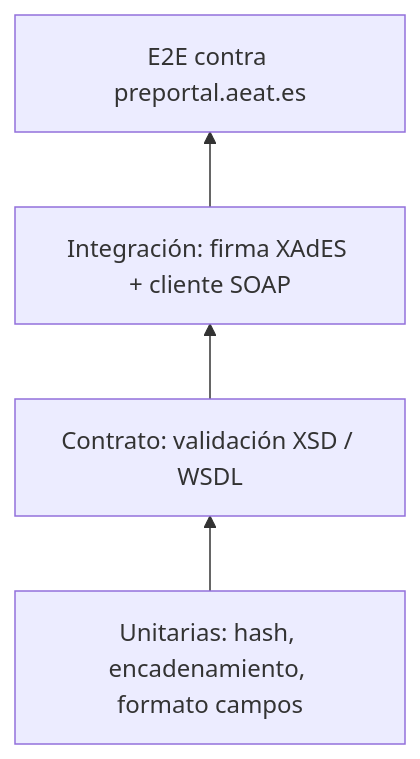
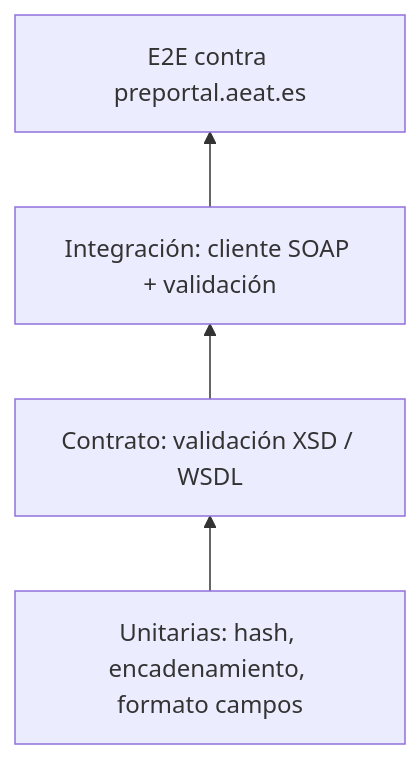
The third of 3 diagrams in apps/verifactu/docs/verifactu-microservicios-nodejs.md (lafrigolet/apphub), drawn with Mermaid before and after one commit. The commit also changed other lines of this file and 21 other files, not shown here.

First line of the commit message:
refactor(verifactu): descarta modalidad NO_VERI·FACTU y firma XAdES (bloque C)

````diff
--- a/apps/verifactu/docs/verifactu-microservicios-nodejs.md
+++ b/apps/verifactu/docs/verifactu-microservicios-nodejs.md
@@ -414,6 +398,6 @@
 ```mermaid
 flowchart BT
     U[Unitarias: hash, encadenamiento, formato campos] --> C[Contrato: validación XSD / WSDL]
-    C --> I[Integración: firma XAdES + cliente SOAP]
+    C --> I[Integración: cliente SOAP + validación]
     I --> E[E2E contra preportal.aeat.es]
 ```
````
